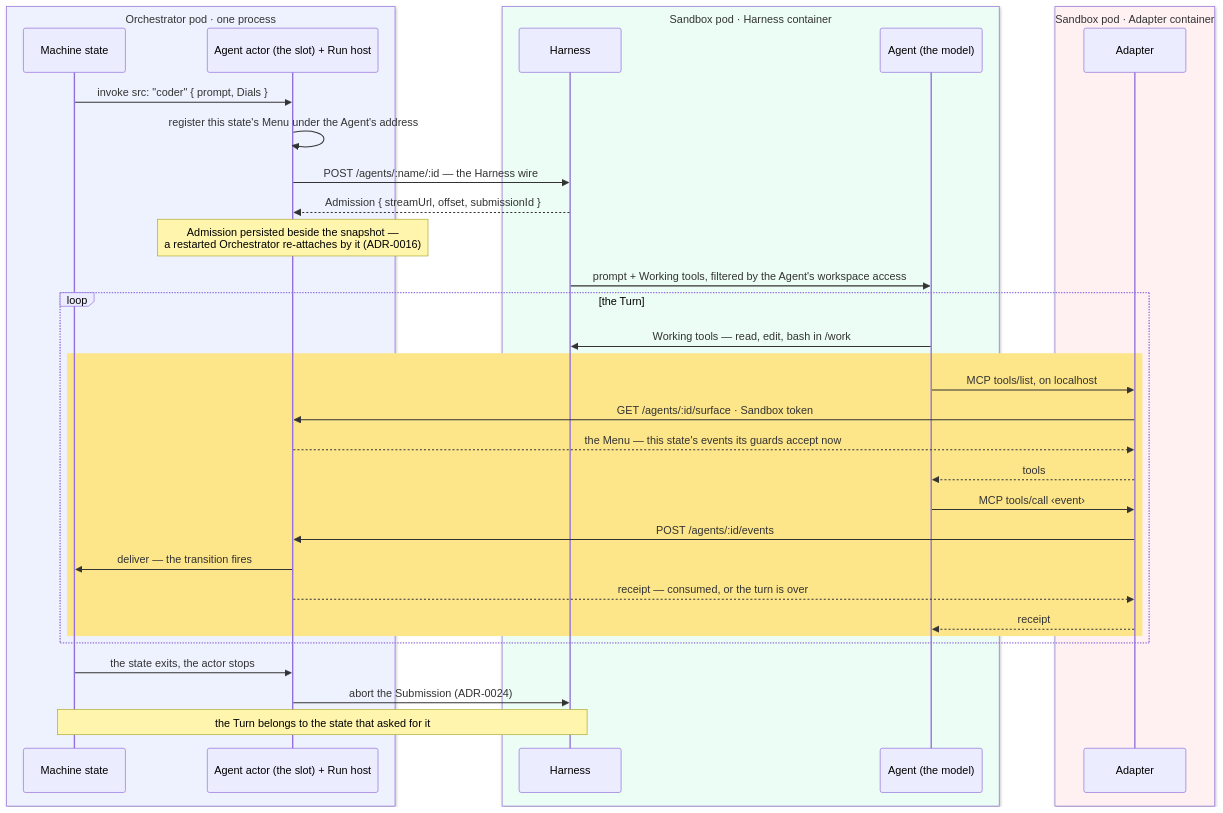
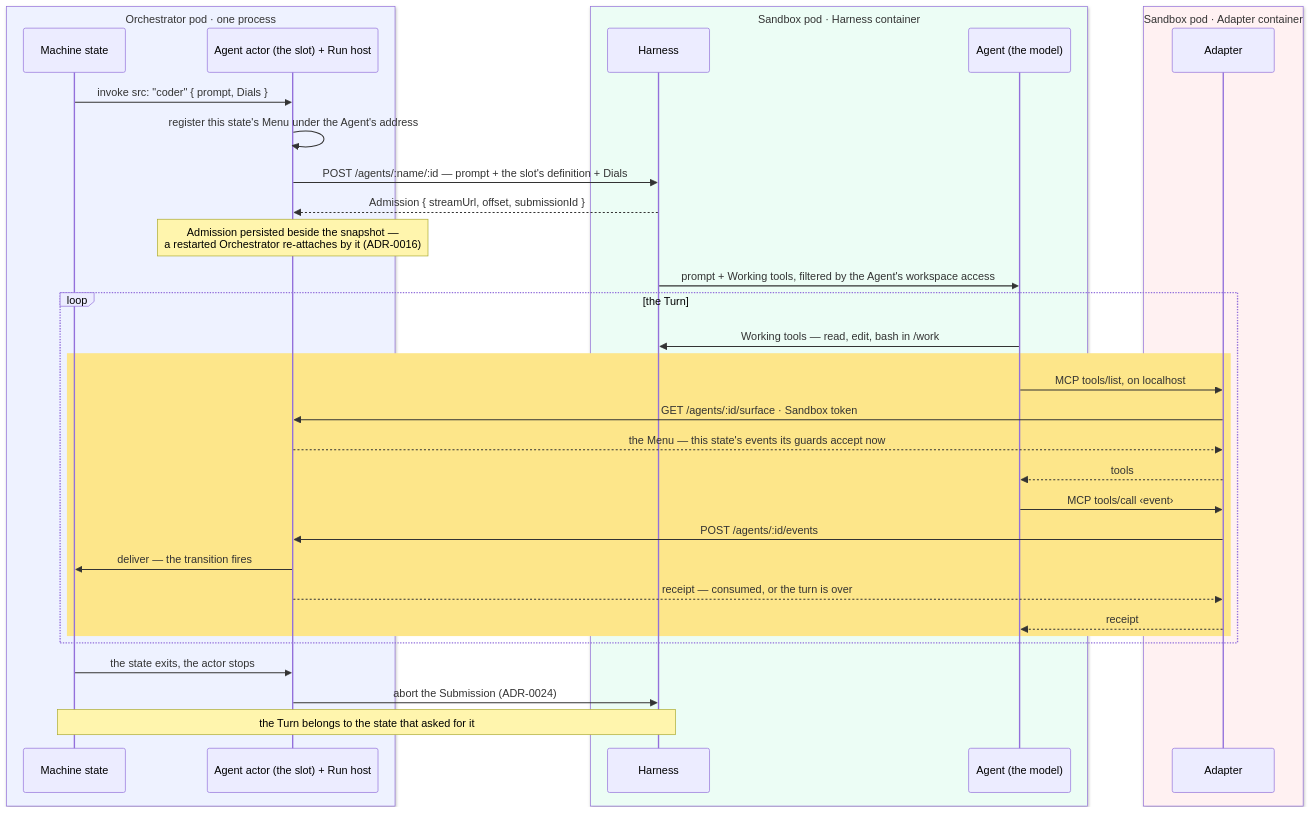
One commit to snapwich/jr2 changed the second of 4 diagrams in docs/architecture.md. Above: the diagram before and after it, drawn with Mermaid. The commit also changed other lines of this file and 44 other files, not shown here.

````diff
--- a/docs/architecture.md
+++ b/docs/architecture.md
@@ -114,40 +114,40 @@
 ```mermaid
 sequenceDiagram
   box rgb(238, 242, 255) Orchestrator pod · one process
     participant S as Machine state
     participant A as Agent actor (the slot) + Run host
   end
   box rgb(236, 253, 245) Sandbox pod · Harness container
     participant H as Harness
     participant Ag as Agent (the model)
   end
   box rgb(255, 241, 242) Sandbox pod · Adapter container
     participant Ad as Adapter
   end
 
   S->>A: invoke src: "coder" { prompt, Dials }
   A->>A: register this state's Menu under the Agent's address
-  A->>H: POST /agents/:name/:id — the Harness wire
+  A->>H: POST /agents/:name/:id — prompt + the slot's definition + Dials
   H-->>A: Admission { streamUrl, offset, submissionId }
   Note over A: Admission persisted beside the snapshot —<br/>a restarted Orchestrator re-attaches by it (ADR-0016)
 
   H->>Ag: prompt + Working tools, filtered by the Agent's workspace access
   loop the Turn
     Ag->>H: Working tools — read, edit, bash in /work
     rect rgb(253, 230, 138)
       Ag->>Ad: MCP tools/list, on localhost
       Ad->>A: GET /agents/:id/surface · Sandbox token
       A-->>Ad: the Menu — this state's events its guards accept now
       Ad-->>Ag: tools
       Ag->>Ad: MCP tools/call ‹event›
       Ad->>A: POST /agents/:id/events
       A->>S: deliver — the transition fires
       A-->>Ad: receipt — consumed, or the turn is over
       Ad-->>Ag: receipt
     end
   end
 
   S->>A: the state exits, the actor stops
   A->>H: abort the Submission (ADR-0024)
   Note over S,H: the Turn belongs to the state that asked for it
 ```
````
